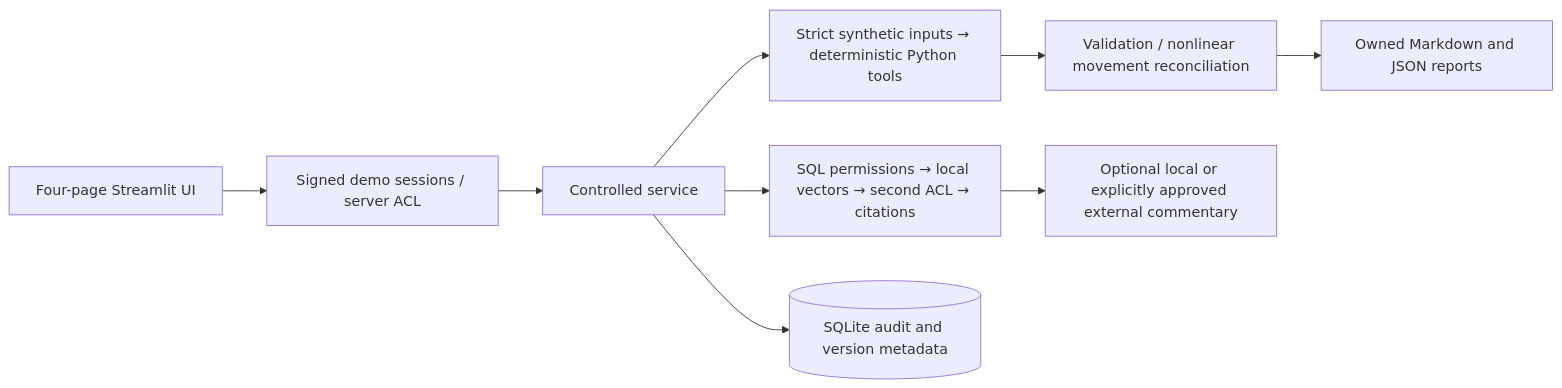
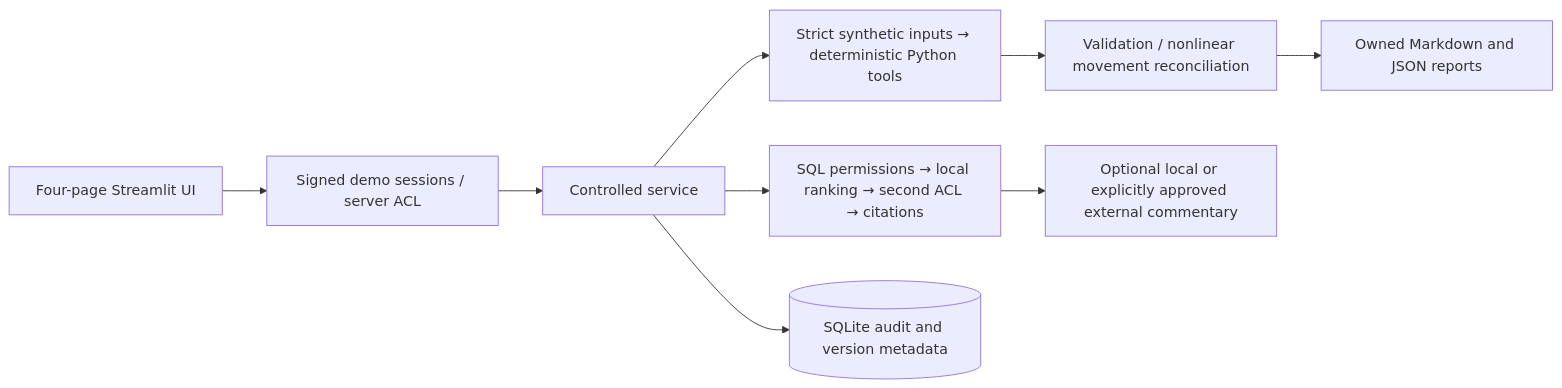
Before and after one commit to woming98/hkrbc-actuarial-ai-agent: the diagram in README.md, drawn with Mermaid. The commit also changed other lines of this file and 44 other files, not shown here.

````diff
--- a/README.md
+++ b/README.md
@@ -58,11 +61,11 @@
 ```mermaid
 flowchart LR
     UI[Four-page Streamlit UI] --> Auth[Signed demo sessions / server ACL]
     Auth --> Service[Controlled service]
-    Service --> Evidence[SQL permissions → local vectors → second ACL → citations]
+    Service --> Evidence[SQL permissions → local ranking → second ACL → citations]
     Service --> Tools[Strict synthetic inputs → deterministic Python tools]
     Tools --> Checks[Validation / nonlinear movement reconciliation]
     Checks --> Reports[Owned Markdown and JSON reports]
     Service --> Audit[(SQLite audit and version metadata)]
     Evidence --> Router[Optional local or explicitly approved external commentary]
 ```
````
